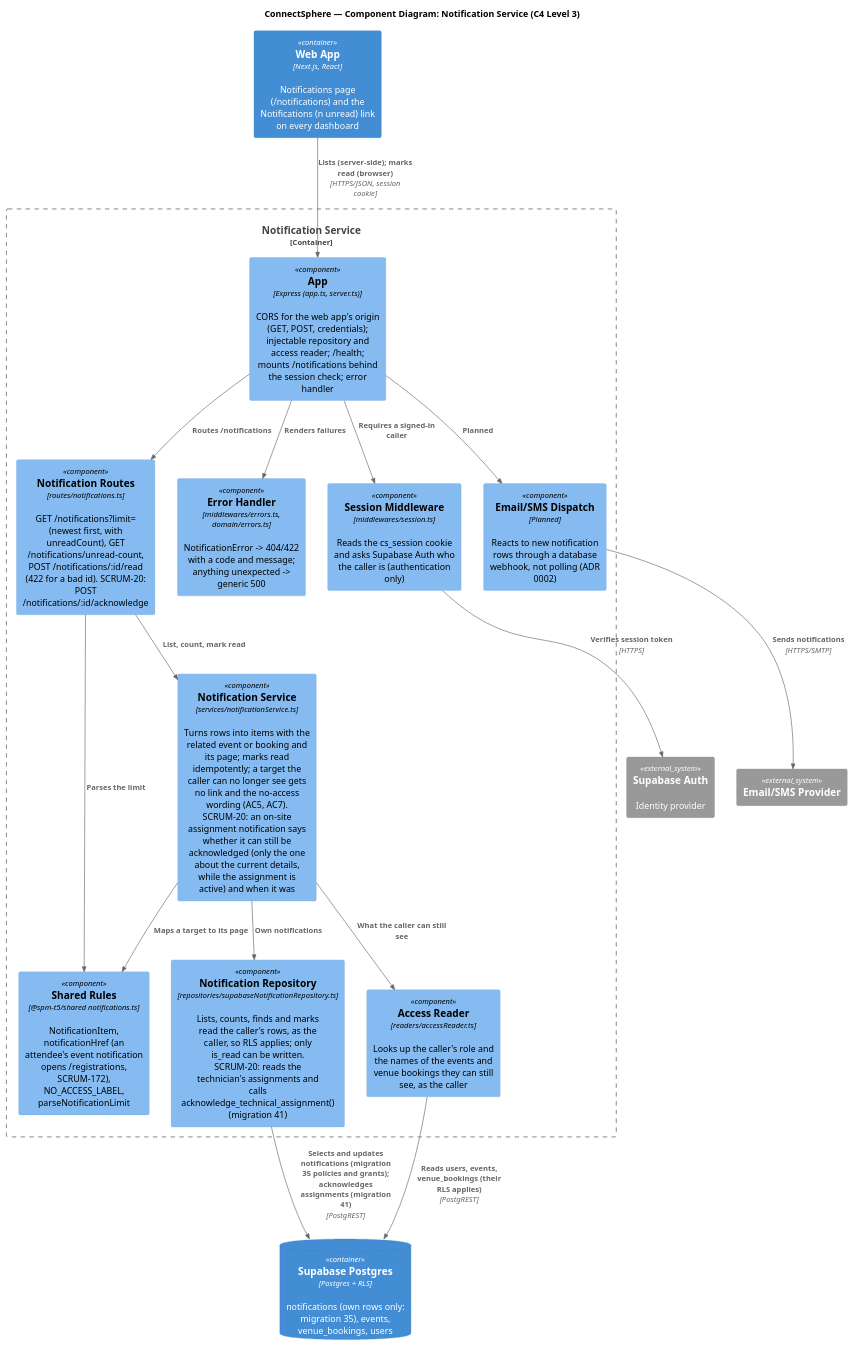
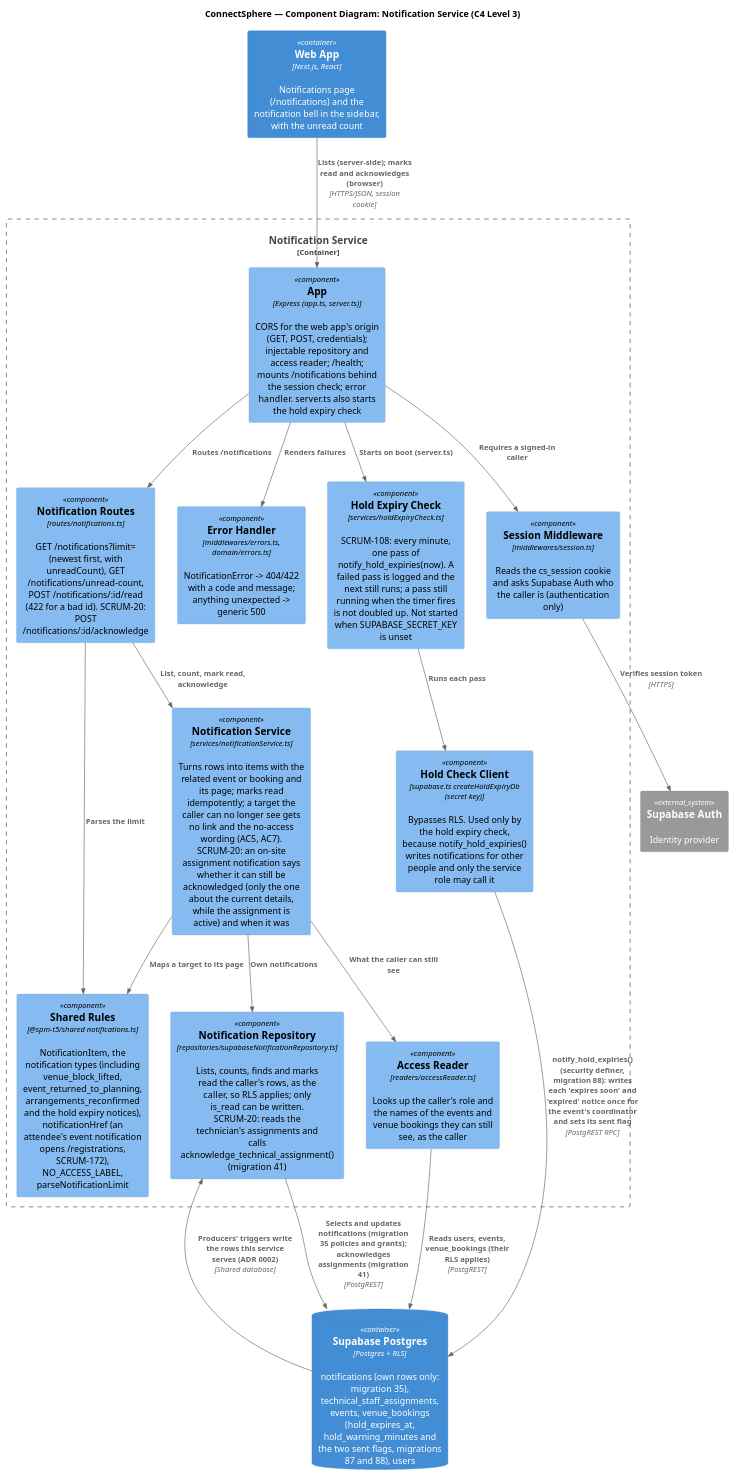
Before and after one commit to danjaii/SPM-T5: the diagram in docs/architecture/c4/component-notification-service.puml, drawn with PlantUML. The commit also changed 12 other files, not shown here.

Commit message:
docs - Update C4 diagrams, drop email/SMS, remove current-state.md (#201)

```diff
--- a/docs/architecture/c4/component-notification-service.puml
+++ b/docs/architecture/c4/component-notification-service.puml
@@ -1,41 +1,47 @@
 @startuml component-notification-service
-!include https://raw.githubusercontent.com/plantuml-stdlib/C4-PlantUML/master/C4_Component.puml
+!include <C4/C4_Component>
 
 title ConnectSphere — Component Diagram: Notification Service (C4 Level 3)
-' Built so far: viewing and managing a user's own in-app notifications (docs/specs/notifications.md, SCRUM-46).
-' Rows are written by producers, not by this service (ADR 0002): database triggers in migrations 41, 44, 46, 50 and 65. Components marked "Planned" are not built yet.
+' Built so far: viewing and managing a user's own in-app notifications (docs/specs/notifications.md, SCRUM-46), acknowledging
+' an on-site assignment (SCRUM-20), and the periodic hold expiry check (SCRUM-108, docs/specs/SCRUM-97-108-tentative-hold-expiry.md).
+' Rows are written by producers, not by this service (ADR 0002): triggers and security definer functions in migrations 41, 44,
+' 46, 50, 65, 69, 80, 82, 83, 87 and 88. The one exception is notify_hold_expiries() (migration 88), which this service calls
+' every minute because a hold expiring is a moment in time, not a change anyone makes.
+' Notifications are in-app only: email and SMS are not part of this project (docs/scope-decisions.md).
 
-Container(web, "Web App", "Next.js, React", "Notifications page (/notifications) and the Notifications (n unread) link on every dashboard")
+Container(web, "Web App", "Next.js, React", "Notifications page (/notifications) and the notification bell in the sidebar, with the unread count")
 System_Ext(supabaseAuth, "Supabase Auth", "Identity provider")
-System_Ext(emailProvider, "Email/SMS Provider")
-ContainerDb(db, "Supabase Postgres", "Postgres + RLS", "notifications (own rows only: migration 35), events, venue_bookings, users")
+ContainerDb(db, "Supabase Postgres", "Postgres + RLS", "notifications (own rows only: migration 35), technical_staff_assignments, events, venue_bookings (hold_expires_at, hold_warning_minutes and the two sent flags, migrations 87 and 88), users")
 
 Container_Boundary(notificationSvc, "Notification Service") {
-  Component(app, "App", "Express (app.ts, server.ts)", "CORS for the web app's origin (GET, POST, credentials); injectable repository and access reader; /health; mounts /notifications behind the session check; error handler")
+  Component(app, "App", "Express (app.ts, server.ts)", "CORS for the web app's origin (GET, POST, credentials); injectable repository and access reader; /health; mounts /notifications behind the session check; error handler. server.ts also starts the hold expiry check")
   Component(session, "Session Middleware", "middlewares/session.ts", "Reads the cs_session cookie and asks Supabase Auth who the caller is (authentication only)")
   Component(errors, "Error Handler", "middlewares/errors.ts, domain/errors.ts", "NotificationError -> 404/422 with a code and message; anything unexpected -> generic 500")
   Component(routes, "Notification Routes", "routes/notifications.ts", "GET /notifications?limit= (newest first, with unreadCount), GET /notifications/unread-count, POST /notifications/:id/read (422 for a bad id). SCRUM-20: POST /notifications/:id/acknowledge")
   Component(svc, "Notification Service", "services/notificationService.ts", "Turns rows into items with the related event or booking and its page; marks read idempotently; a target the caller can no longer see gets no link and the no-access wording (AC5, AC7). SCRUM-20: an on-site assignment notification says whether it can still be acknowledged (only the one about the current details, while the assignment is active) and when it was")
   Component(repo, "Notification Repository", "repositories/supabaseNotificationRepository.ts", "Lists, counts, finds and marks read the caller's rows, as the caller, so RLS applies; only is_read can be written. SCRUM-20: reads the technician's assignments and calls acknowledge_technical_assignment() (migration 41)")
   Component(access, "Access Reader", "readers/accessReader.ts", "Looks up the caller's role and the names of the events and venue bookings they can still see, as the caller")
-  Component(shared, "Shared Rules", "@spm-t5/shared notifications.ts", "NotificationItem, notificationHref (an attendee's event notification opens /registrations, SCRUM-172), NO_ACCESS_LABEL, parseNotificationLimit")
+  Component(shared, "Shared Rules", "@spm-t5/shared notifications.ts", "NotificationItem, the notification types (including venue_block_lifted, event_returned_to_planning, arrangements_reconfirmed and the hold expiry notices), notificationHref (an attendee's event notification opens /registrations, SCRUM-172), NO_ACCESS_LABEL, parseNotificationLimit")
 
-  Component(dispatch, "Email/SMS Dispatch", "Planned", "Reacts to new notification rows through a database webhook, not polling (ADR 0002)")
+  Component(holdCheck, "Hold Expiry Check", "services/holdExpiryCheck.ts", "SCRUM-108: every minute, one pass of notify_hold_expiries(now). A failed pass is logged and the next still runs; a pass still running when the timer fires is not doubled up. Not started when SUPABASE_SECRET_KEY is unset")
+  Component(admin, "Hold Check Client", "supabase.ts createHoldExpiryDb (secret key)", "Bypasses RLS. Used only by the hold expiry check, because notify_hold_expiries() writes notifications for other people and only the service role may call it")
 }
 
-Rel(web, app, "Lists (server-side); marks read (browser)", "HTTPS/JSON, session cookie")
+Rel(web, app, "Lists (server-side); marks read and acknowledges (browser)", "HTTPS/JSON, session cookie")
 Rel(app, session, "Requires a signed-in caller")
 Rel(session, supabaseAuth, "Verifies session token", "HTTPS")
 Rel(app, errors, "Renders failures")
 Rel(app, routes, "Routes /notifications")
-Rel(routes, svc, "List, count, mark read")
+Rel(routes, svc, "List, count, mark read, acknowledge")
 Rel(routes, shared, "Parses the limit")
 Rel(svc, shared, "Maps a target to its page")
 Rel(svc, repo, "Own notifications")
 Rel(svc, access, "What the caller can still see")
 Rel(repo, db, "Selects and updates notifications (migration 35 policies and grants); acknowledges assignments (migration 41)", "PostgREST")
 Rel(access, db, "Reads users, events, venue_bookings (their RLS applies)", "PostgREST")
 
-Rel(app, dispatch, "Planned")
-Rel(dispatch, emailProvider, "Sends notifications", "HTTPS/SMTP")
+Rel(app, holdCheck, "Starts on boot (server.ts)")
+Rel(holdCheck, admin, "Runs each pass")
+Rel(admin, db, "notify_hold_expiries() (security definer, migration 88): writes each 'expires soon' and 'expired' notice once for the event's coordinator and sets its sent flag", "PostgREST RPC")
+Rel(db, repo, "Producers' triggers write the rows this service serves (ADR 0002)", "Shared database")
 @enduml
```
